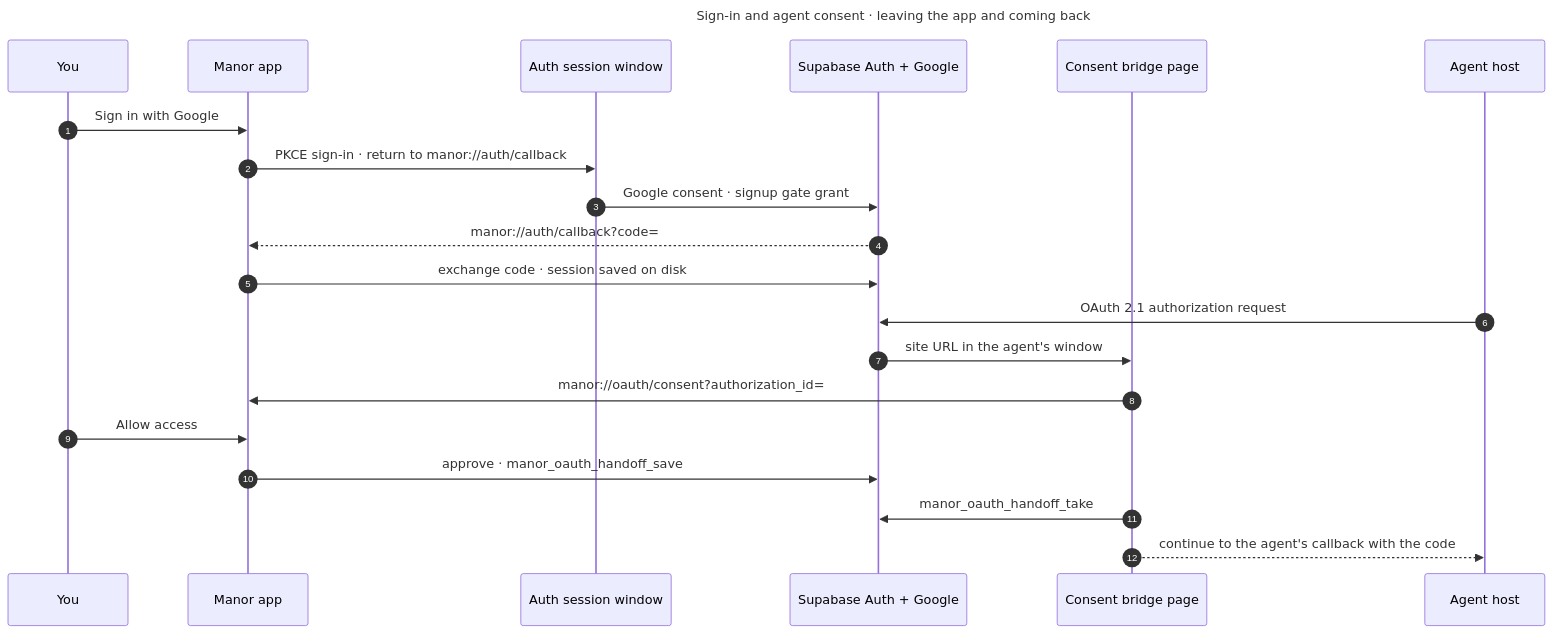
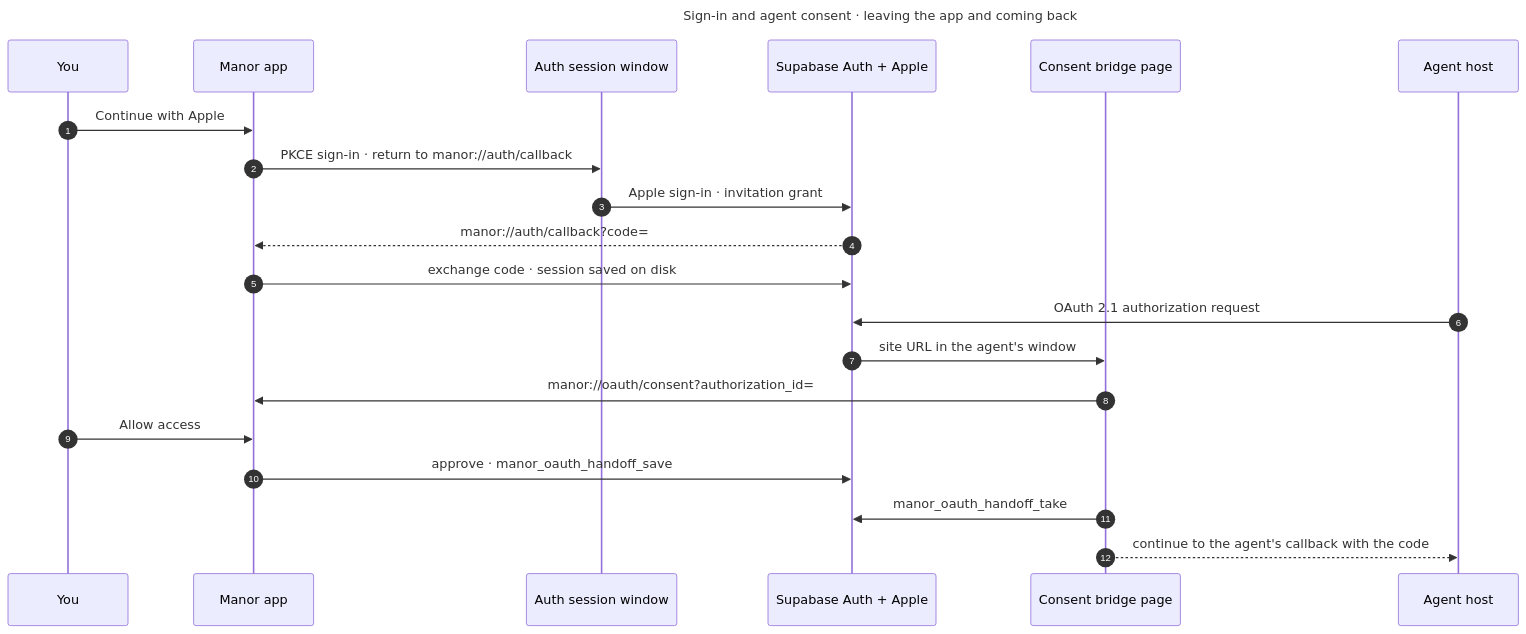
The diagram in docs/diagrams/pele/auth-deep-links.mmd (rithm84/Manor), drawn with Mermaid before and after one commit. The commit also changed 19 other files, not shown here.

First line of the commit message:
Sign in with Apple replaces Google

```diff
--- a/docs/diagrams/pele/auth-deep-links.mmd
+++ b/docs/diagrams/pele/auth-deep-links.mmd
@@ -1,23 +1,23 @@
 ---
 title: Sign-in and agent consent · leaving the app and coming back
 ---
 sequenceDiagram
   autonumber
   participant you as You
   participant app as Manor app
   participant web as Auth session window
-  participant auth as Supabase Auth + Google
+  participant auth as Supabase Auth + Apple
   participant bridge as Consent bridge page
   participant agent as Agent host
-  you->>app: Sign in with Google
+  you->>app: Continue with Apple
   app->>web: PKCE sign-in · return to manor://auth/callback
-  web->>auth: Google consent · signup gate grant
+  web->>auth: Apple sign-in · invitation grant
   auth-->>app: manor://auth/callback?code=
   app->>auth: exchange code · session saved on disk
   agent->>auth: OAuth 2.1 authorization request
   auth->>bridge: site URL in the agent's window
   bridge->>app: manor://oauth/consent?authorization_id=
   you->>app: Allow access
   app->>auth: approve · manor_oauth_handoff_save
   bridge->>auth: manor_oauth_handoff_take
   bridge-->>agent: continue to the agent's callback with the code
```
